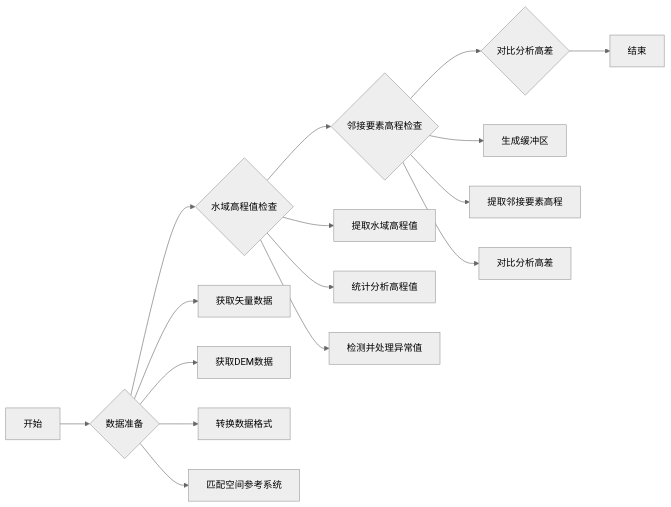
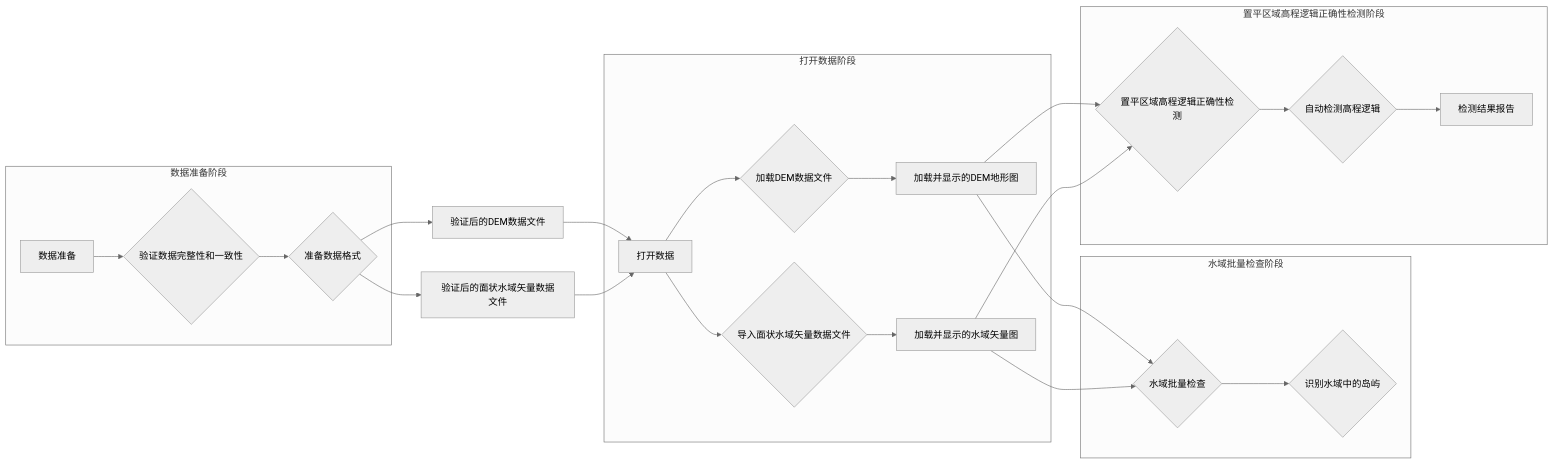
Before and after one commit to 2544622615/iodraw-files: the diagram in all/未命名-1.md, drawn with Mermaid (neutral theme).

Commit message:
2024-08-17 11:34:30 update

````diff
--- a/all/未命名-1.md
+++ b/all/未命名-1.md
@@ -1,21 +1,48 @@
 ```mermaid
 graph LR
-    A[开始] --> B{数据准备}
-    B --> C{水域高程值检查}
-    C --> D{邻接要素高程检查}
-    D --> E{对比分析高差}
-    E --> F[结束]
+    A[数据准备] --> B{验证数据完整性和一致性}
+    B --> C{准备数据格式}
+    C --> D[验证后的DEM数据文件]
+    C --> E[验证后的面状水域矢量数据文件]
 
-    B --> B1[获取矢量数据]
-    B --> B2[获取DEM数据]
-    B --> B3[转换数据格式]
-    B --> B4[匹配空间参考系统]
+    D --> F[打开数据]
+    E --> F
+    F --> G{加载DEM数据文件}
+    F --> H{导入面状水域矢量数据文件}
+    G --> I[加载并显示的DEM地形图]
+    H --> J[加载并显示的水域矢量图]
 
-    C --> C1[提取水域高程值]
-    C --> C2[统计分析高程值]
-    C --> C3[检测并处理异常值]
+    I --> K{水域批量检查}
+    J --> K
+    K --> L{识别水域中的岛屿}
 
-    D --> D1[生成缓冲区]
-    D --> D2[提取邻接要素高程]
-    D --> D3[对比分析高差]
+    I --> M{置平区域高程逻辑正确性检测}
+    J --> M
+    M --> N{自动检测高程逻辑}
+    N --> O[检测结果报告]
+
+    subgraph 数据准备阶段
+        A
+        B
+        C
+    end
+
+    subgraph 打开数据阶段
+        F
+        G
+        H
+        I
+        J
+    end
+
+    subgraph 水域批量检查阶段
+        K
+        L
+    end
+
+    subgraph 置平区域高程逻辑正确性检测阶段
+        M
+        N
+        O
+    end
 ```
````
